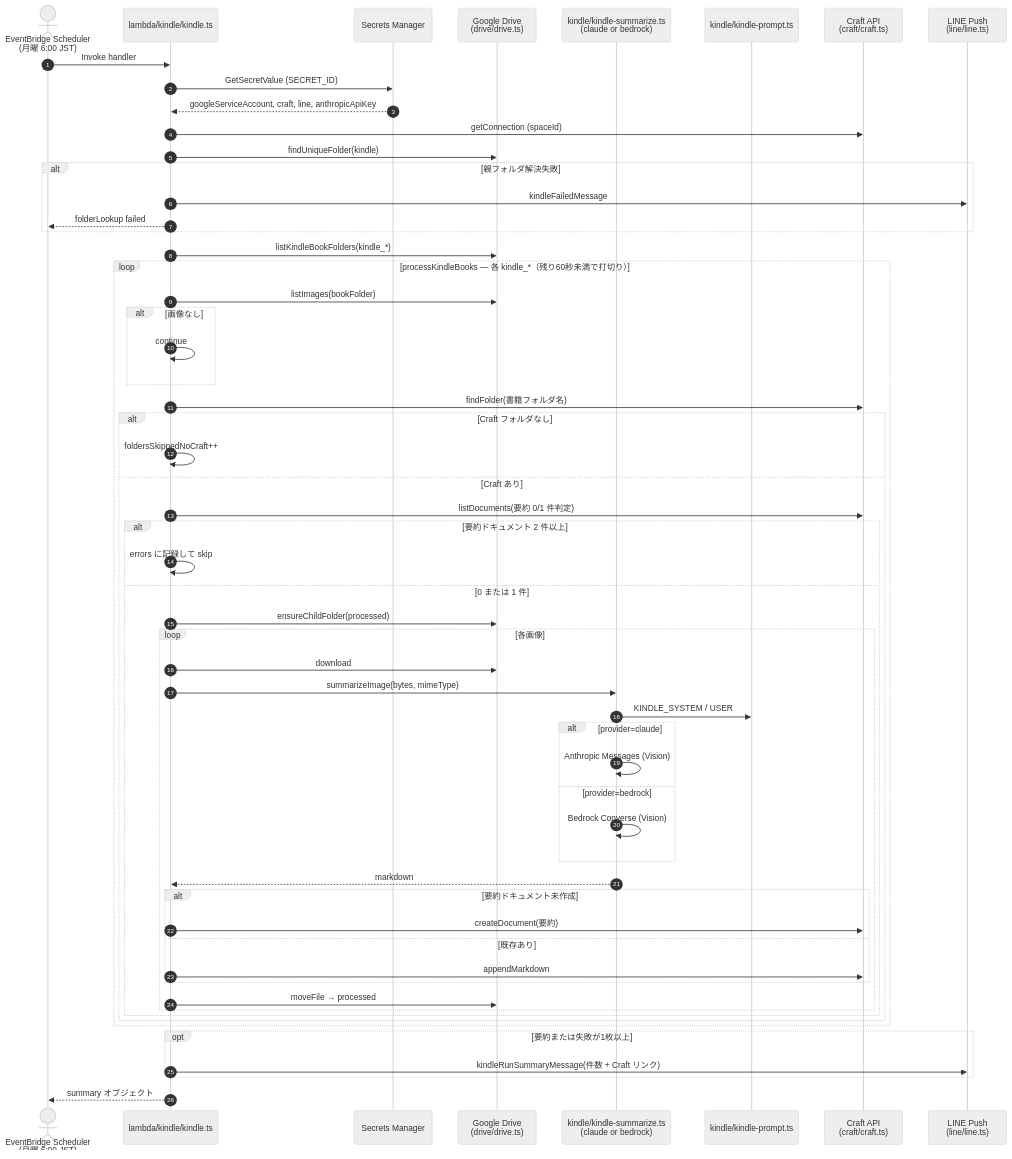
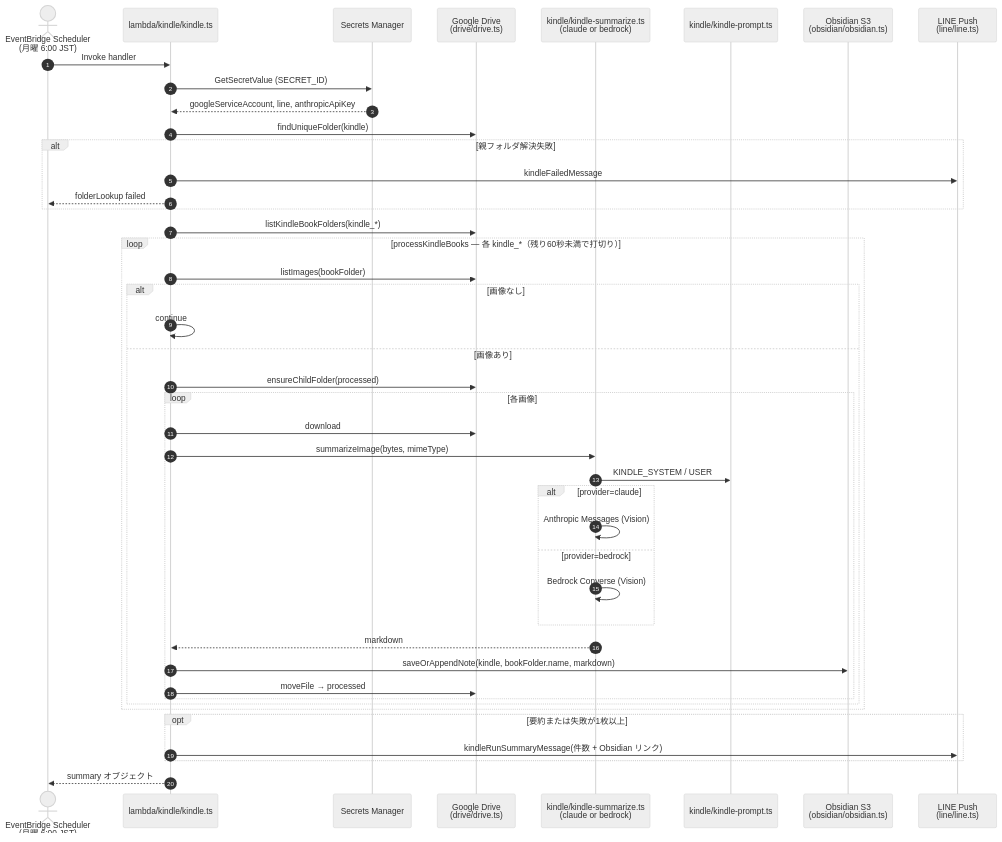
Before and after one commit to suzy1031/transcribe-save-to-notes-app: the fourth of 5 diagrams in specifications/request-sequence.md, drawn with Mermaid (neutral theme). The commit also changed other lines of this file and 3 other files, not shown here.

````diff
--- a/specifications/request-sequence.md
+++ b/specifications/request-sequence.md
@@ -192,65 +184,51 @@
 ```mermaid
 sequenceDiagram
     autonumber
     actor Scheduler as EventBridge Scheduler<br/>(月曜 6:00 JST)
     participant Kindle as lambda/kindle/kindle.ts
     participant SM as Secrets Manager
     participant Drive as Google Drive<br/>(drive/drive.ts)
     participant Summarize as kindle/kindle-summarize.ts<br/>(claude or bedrock)
     participant Prompt as kindle/kindle-prompt.ts
-    participant Craft as Craft API<br/>(craft/craft.ts)
+    participant Obsidian as Obsidian S3<br/>(obsidian/obsidian.ts)
     participant Line as LINE Push<br/>(line/line.ts)
 
     Scheduler->>Kindle: Invoke handler
     Kindle->>SM: GetSecretValue (SECRET_ID)
-    SM-->>Kindle: googleServiceAccount, craft, line, anthropicApiKey
-    Kindle->>Craft: getConnection (spaceId)
+    SM-->>Kindle: googleServiceAccount, line, anthropicApiKey
 
     Kindle->>Drive: findUniqueFolder(kindle)
     alt 親フォルダ解決失敗
         Kindle->>Line: kindleFailedMessage
         Kindle-->>Scheduler: folderLookup failed
     end
 
     Kindle->>Drive: listKindleBookFolders(kindle_*)
 
     loop processKindleBooks — 各 kindle_*（残り60秒未満で打切り）
         Kindle->>Drive: listImages(bookFolder)
         alt 画像なし
             Kindle->>Kindle: continue
-        end
-        Kindle->>Craft: findFolder(書籍フォルダ名)
-        alt Craft フォルダなし
-            Kindle->>Kindle: foldersSkippedNoCraft++
-        else Craft あり
-            Kindle->>Craft: listDocuments(要約 0/1 件判定)
-            alt 要約ドキュメント 2 件以上
-                Kindle->>Kindle: errors に記録して skip
-            else 0 または 1 件
-                Kindle->>Drive: ensureChildFolder(processed)
-                loop 各画像
-                    Kindle->>Drive: download
-                    Kindle->>Summarize: summarizeImage(bytes, mimeType)
-                    Summarize->>Prompt: KINDLE_SYSTEM / USER
-                    alt provider=claude
-                        Summarize->>Summarize: Anthropic Messages (Vision)
-                    else provider=bedrock
-                        Summarize->>Summarize: Bedrock Converse (Vision)
-                    end
-                    Summarize-->>Kindle: markdown
-                    alt 要約ドキュメント未作成
-                        Kindle->>Craft: createDocument(要約)
-                    else 既存あり
-                        Kindle->>Craft: appendMarkdown
-                    end
-                    Kindle->>Drive: moveFile → processed
+        else 画像あり
+            Kindle->>Drive: ensureChildFolder(processed)
+            loop 各画像
+                Kindle->>Drive: download
+                Kindle->>Summarize: summarizeImage(bytes, mimeType)
+                Summarize->>Prompt: KINDLE_SYSTEM / USER
+                alt provider=claude
+                    Summarize->>Summarize: Anthropic Messages (Vision)
+                else provider=bedrock
+                    Summarize->>Summarize: Bedrock Converse (Vision)
                 end
+                Summarize-->>Kindle: markdown
+                Kindle->>Obsidian: saveOrAppendNote(kindle, bookFolder.name, markdown)
+                Kindle->>Drive: moveFile → processed
             end
         end
     end
 
     opt 要約または失敗が1枚以上
-        Kindle->>Line: kindleRunSummaryMessage(件数 + Craft リンク)
+        Kindle->>Line: kindleRunSummaryMessage(件数 + Obsidian リンク)
     end
     Kindle-->>Scheduler: summary オブジェクト
 ```
````
